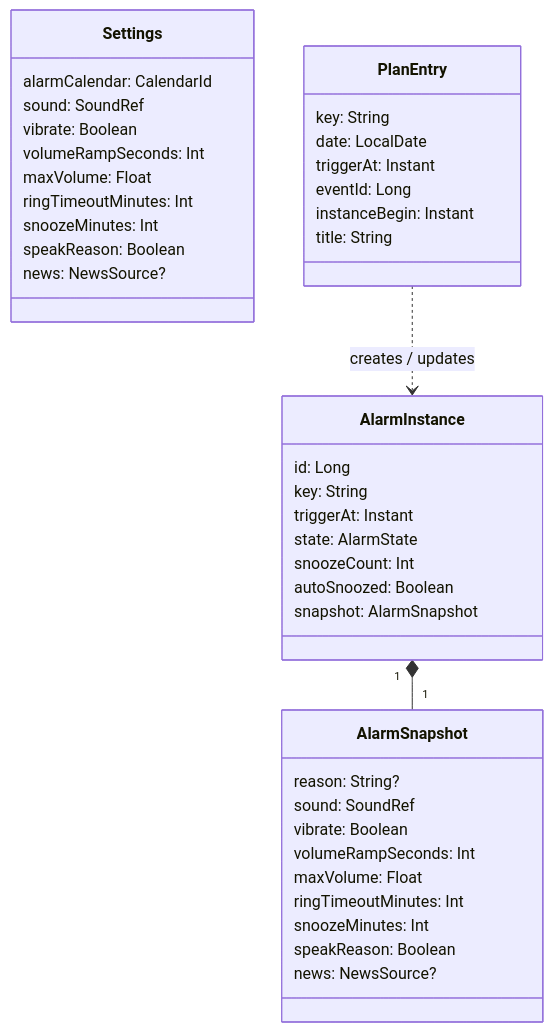
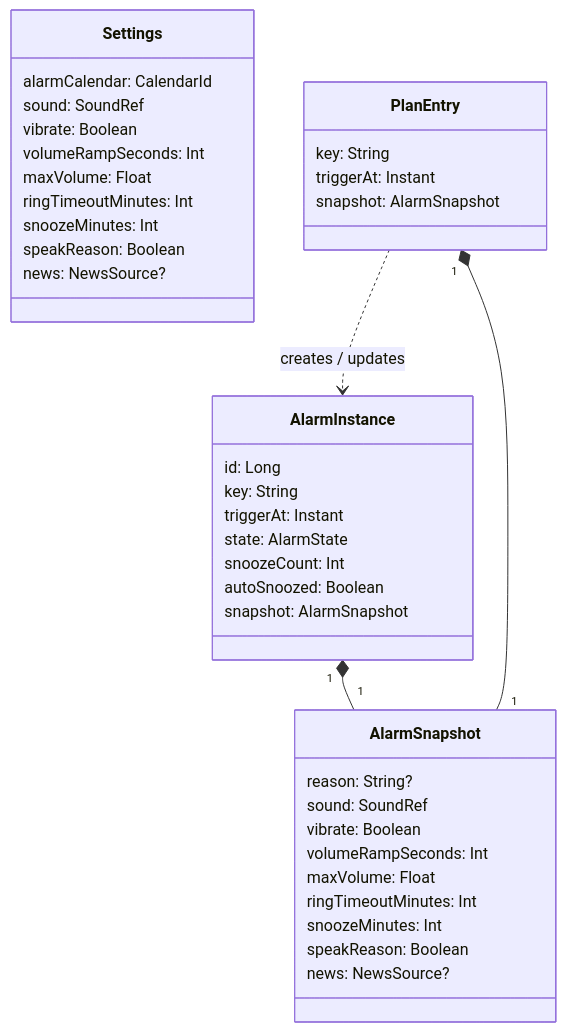
The fourth of 4 diagrams in docs/architecture.md (drehtuer/NextAlarmApp), drawn with Mermaid before and after one commit. The commit also changed other lines of this file and 35 other files, not shown here.

````diff
--- a/docs/architecture.md
+++ b/docs/architecture.md
@@ -236,44 +287,42 @@
 ```mermaid
 classDiagram
     class Settings {
         alarmCalendar: CalendarId
         sound: SoundRef
         vibrate: Boolean
         volumeRampSeconds: Int
         maxVolume: Float
         ringTimeoutMinutes: Int
         snoozeMinutes: Int
         speakReason: Boolean
         news: NewsSource?
     }
     class PlanEntry {
         key: String
-        date: LocalDate
         triggerAt: Instant
-        eventId: Long
-        instanceBegin: Instant
-        title: String
+        snapshot: AlarmSnapshot
     }
     class AlarmInstance {
         id: Long
         key: String
         triggerAt: Instant
         state: AlarmState
         snoozeCount: Int
         autoSnoozed: Boolean
         snapshot: AlarmSnapshot
     }
     class AlarmSnapshot {
         reason: String?
         sound: SoundRef
         vibrate: Boolean
         volumeRampSeconds: Int
         maxVolume: Float
         ringTimeoutMinutes: Int
         snoozeMinutes: Int
         speakReason: Boolean
         news: NewsSource?
     }
     AlarmInstance "1" *-- "1" AlarmSnapshot
+    PlanEntry "1" *-- "1" AlarmSnapshot
     PlanEntry ..> AlarmInstance : creates / updates
 ```
````
